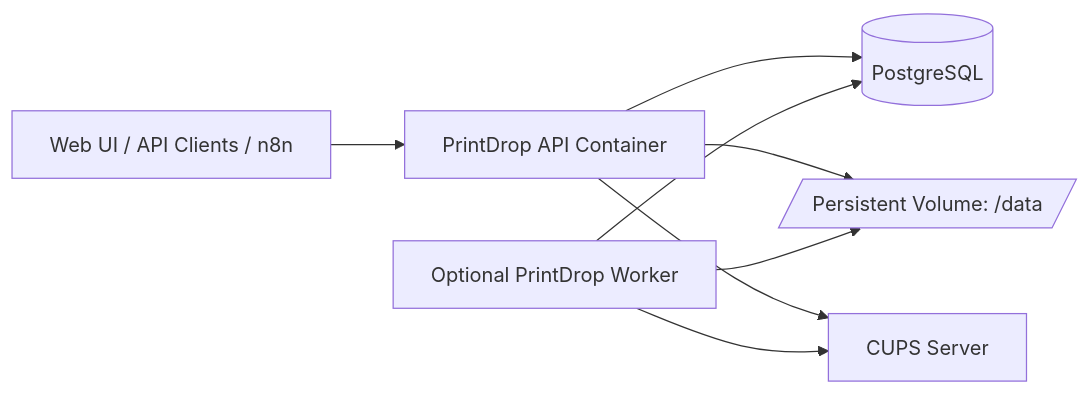
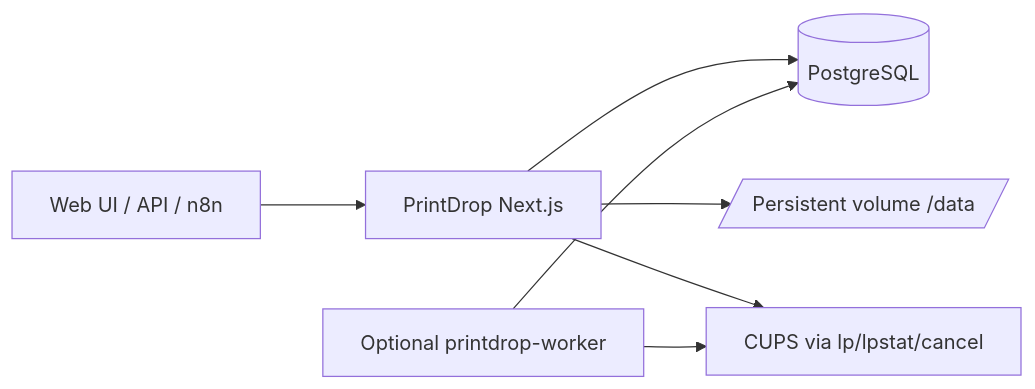
One commit to bhusallaxman22/serverprint changed the diagram in README.md. Above: the diagram before and after it, drawn with Mermaid. The commit also changed other lines of this file and 175 other files, not shown here.

First line of the commit message:
Replace FastAPI/Jinja stack with Next.js App Router + Prisma + Tailwind.

````diff
--- a/README.md
+++ b/README.md
@@ -21,10 +25,9 @@
 ```mermaid
 flowchart LR
-    Client[Web UI / API Clients / n8n] --> App[PrintDrop API Container]
-    App --> DB[(PostgreSQL)]
-    App --> Files[/Persistent Volume: /data/]
-    App --> CUPS[CUPS Server]
-    Worker[Optional PrintDrop Worker] --> DB
-    Worker --> Files
-    Worker --> CUPS
+  Client[Web UI / API / n8n] --> App[PrintDrop Next.js]
+  App --> DB[(PostgreSQL)]
+  App --> Files[/Persistent volume /data/]
+  App --> CUPS[CUPS via lp/lpstat/cancel]
+  Worker[Optional printdrop-worker] --> DB
+  Worker --> CUPS
 ```
````
